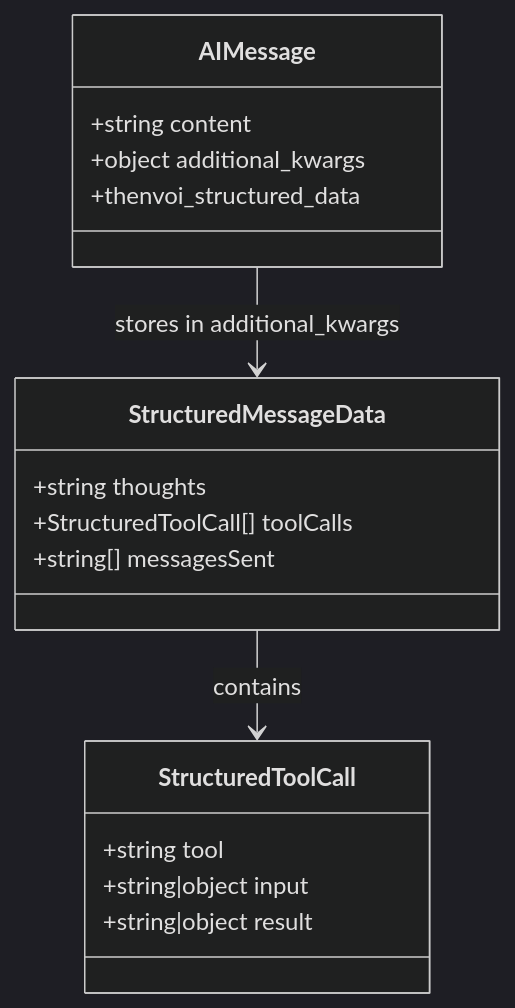
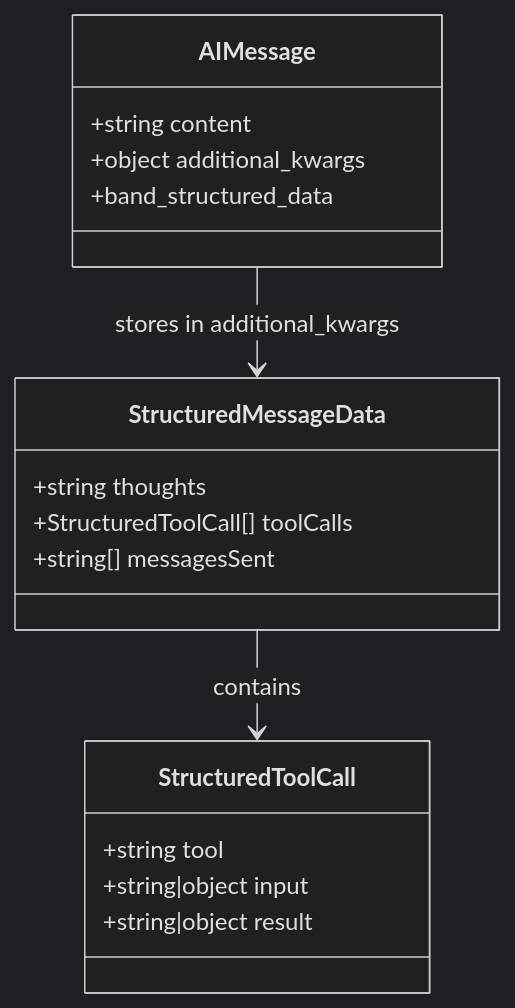
The sixth of 10 diagrams in docs/architecture/agent/memory/memory_system_guide.md (thenvoi/n8n-nodes-thenvoi), drawn with Mermaid (dark theme) before and after one commit. The commit also changed other lines of this file and 157 other files, not shown here.

First line of the commit message:
feat!: rename organization from Thenvoi to Band

````diff
--- a/docs/architecture/agent/memory/memory_system_guide.md
+++ b/docs/architecture/agent/memory/memory_system_guide.md
@@ -171,23 +171,23 @@
 ```mermaid
 classDiagram
     class StructuredMessageData {
         +string thoughts
         +StructuredToolCall[] toolCalls
         +string[] messagesSent
     }
     
     class StructuredToolCall {
         +string tool
         +string|object input
         +string|object result
     }
     
     class AIMessage {
         +string content
         +object additional_kwargs
-        +thenvoi_structured_data
+        +band_structured_data
     }
     
     StructuredMessageData --> StructuredToolCall : contains
     AIMessage --> StructuredMessageData : stores in additional_kwargs
 ```
````
